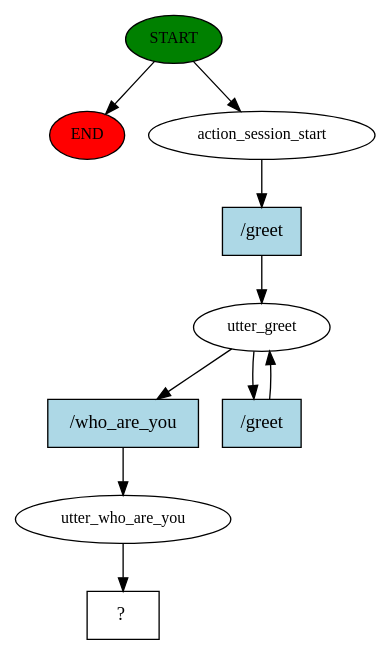
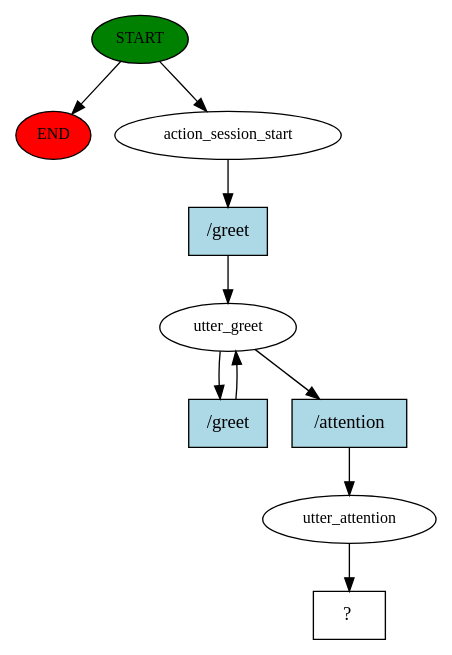
One commit to Syun1208/smart-menu-application changed the diagram in story_graph.dot. Above: the diagram before and after it, drawn with Graphviz. The commit also changed 14 other files, not shown here.

```diff
--- a/story_graph.dot
+++ b/story_graph.dot
@@ -1,20 +1,20 @@
 digraph  {
 0 [class="start active", fillcolor=green, fontsize=12, label=START, style=filled];
 "-1" [class=end, fillcolor=red, fontsize=12, label=END, style=filled];
 1 [class=active, fontsize=12, label=action_session_start];
 2 [class=active, fontsize=12, label=utter_greet];
-4 [class=active, fontsize=12, label=utter_who_are_you];
-5 [class="intent dashed active", label="  ?  ", shape=rect];
-6 [class="intent active", fillcolor=lightblue, label="/greet", shape=rect, style=filled];
-7 [class="intent active", fillcolor=lightblue, label="/who_are_you", shape=rect, style=filled];
+5 [class=active, fontsize=12, label=utter_attention];
+6 [class="intent dashed active", label="  ?  ", shape=rect];
+7 [class="intent active", fillcolor=lightblue, label="/greet", shape=rect, style=filled];
 8 [class="intent active", fillcolor=lightblue, label="/greet", shape=rect, style=filled];
+9 [class="intent active", fillcolor=lightblue, label="/attention", shape=rect, style=filled];
 0 -> "-1"  [class="", key=NONE, label=""];
 0 -> 1  [class=active, key=NONE, label=""];
-1 -> 6  [class=active, key=0];
-2 -> 7  [class=active, key=0];
+1 -> 7  [class=active, key=0];
 2 -> 8  [class=active, key=0];
-4 -> 5  [class=active, key=NONE, label=""];
-6 -> 2  [class=active, key=0];
-7 -> 4  [class=active, key=0];
+2 -> 9  [class=active, key=0];
+5 -> 6  [class=active, key=NONE, label=""];
+7 -> 2  [class=active, key=0];
 8 -> 2  [class=active, key=0];
+9 -> 5  [class=active, key=0];
 }
```
